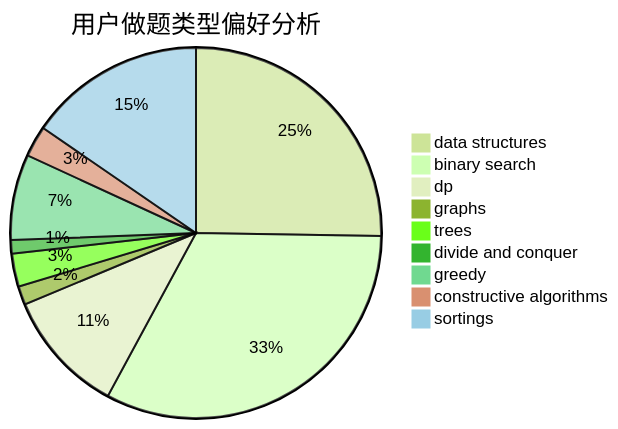
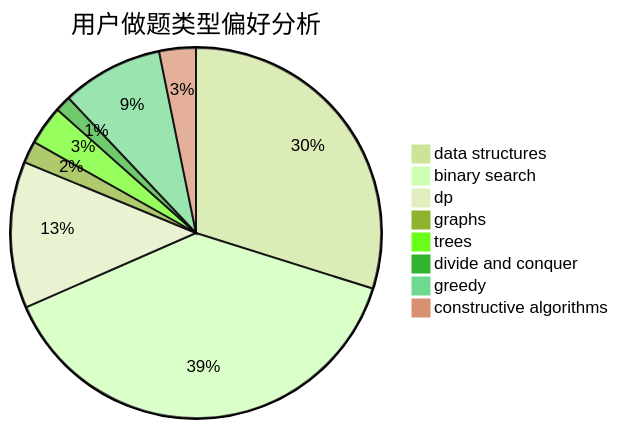
One commit to sherpahu/cfrs.github.io changed the second of 3 diagrams in docs/user/u271.md. Above: the diagram before and after it, drawn with Mermaid (forest theme). The commit also changed other lines of this file and 2769 other files, not shown here.

````diff
--- a/docs/user/u271.md
+++ b/docs/user/u271.md
@@ -18,12 +18,11 @@
 ```mermaid
 pie title 用户做题类型偏好分析
     "data structures" :  280
     "binary search" :  362
     "dp" :  120
     "graphs" :  18
     "trees" :  32
     "divide and conquer" :  13
     "greedy" :  83
     "constructive algorithms" :  30
-    "sortings" :  171
 ```
````
